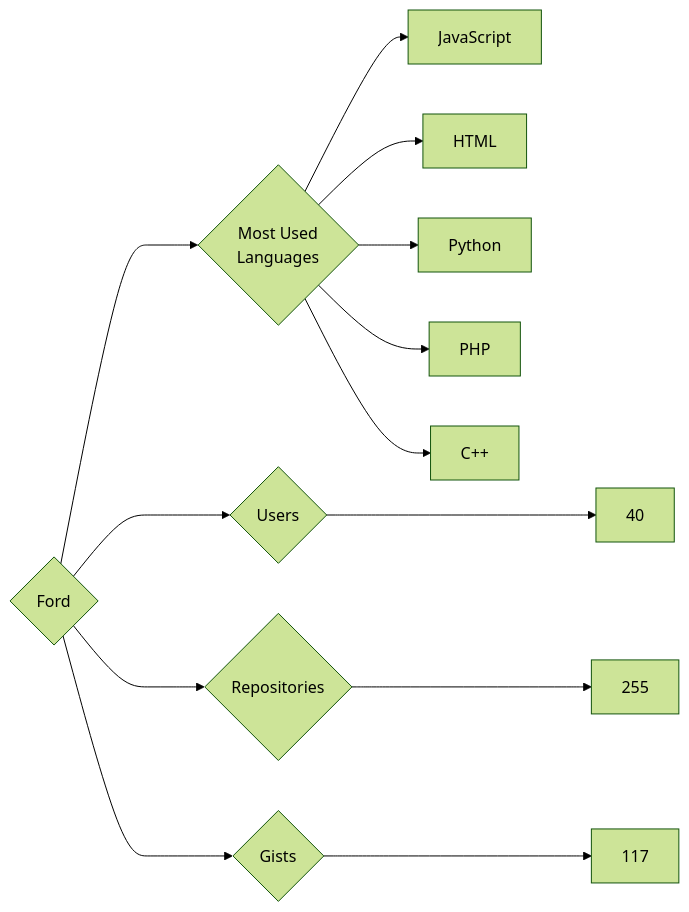
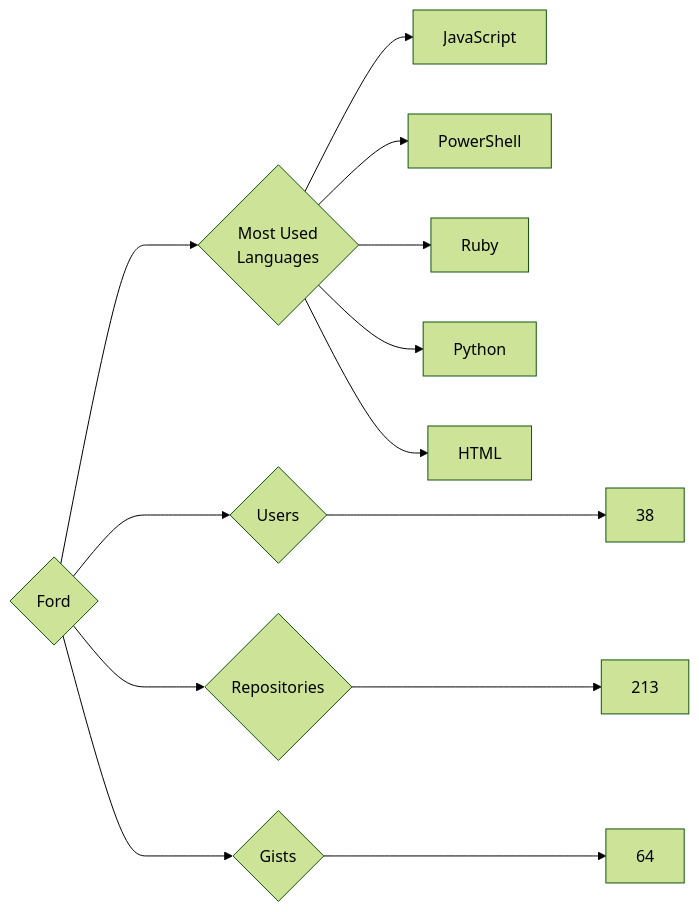
One commit to trickest/insiders changed the diagram in targets/Ford/README.md. Above: the diagram before and after it, drawn with Mermaid (forest theme). The commit also changed 872 other files, not shown here.

````diff
--- a/targets/Ford/README.md
+++ b/targets/Ford/README.md
@@ -3,13 +3,13 @@
 ```mermaid
 graph LR
 COMPANY_NAME{Ford}
-COMPANY_NAME ---> U{Users} ---> UN[40]
-COMPANY_NAME ---> R{Repositories} ---> RN[255]
-COMPANY_NAME ---> G{Gists} ---> GN[117]
+COMPANY_NAME ---> U{Users} ---> UN[38]
+COMPANY_NAME ---> R{Repositories} ---> RN[213]
+COMPANY_NAME ---> G{Gists} ---> GN[64]
 COMPANY_NAME ---> ML{Most Used<br>Languages}
 ML --> JavaScript[JavaScript]
+ML --> PowerShell[PowerShell]
+ML --> Ruby[Ruby]
+ML --> Python[Python]
 ML --> HTML[HTML]
-ML --> Python[Python]
-ML --> PHP[PHP]
-ML --> C++[C++]
 ```
````
